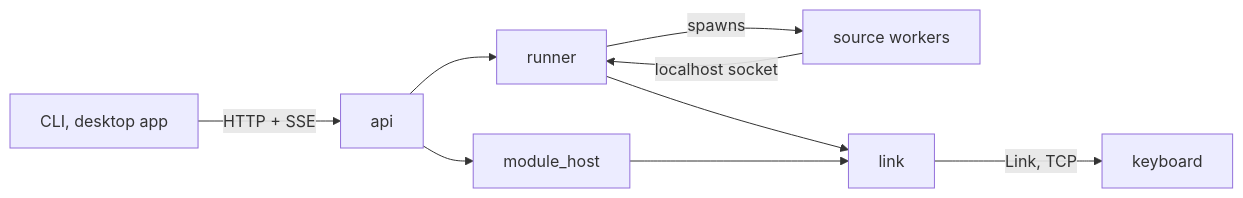
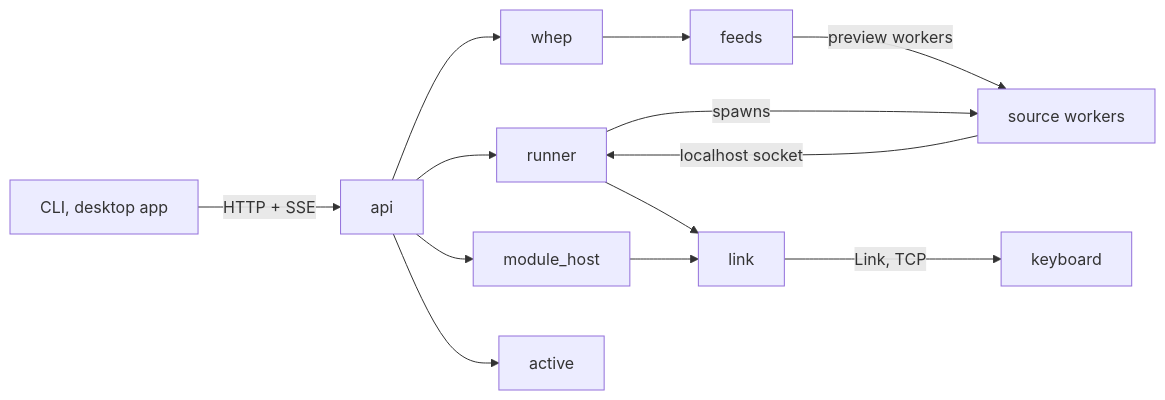
Before and after one commit to TareHimself/glassdeck: the diagram in crates/glassdeckd/README.md, drawn with Mermaid. The commit also changed other lines of this file and 22 other files, not shown here.

````diff
--- a/crates/glassdeckd/README.md
+++ b/crates/glassdeckd/README.md
@@ -5,11 +5,14 @@
 ```mermaid
 flowchart LR
   clients[CLI, desktop app] -- HTTP + SSE --> api[api]
   api --> runner[runner]
   api --> host[module_host]
+  api --> whep[whep] --> feeds[feeds]
+  feeds -- preview workers --> w
+  api --> active[active]
   runner -- spawns --> w[source workers]
   w -- localhost socket --> runner
   runner --> link[link]
   host --> link
   link -- Link, TCP --> k[keyboard]
 ```
````
